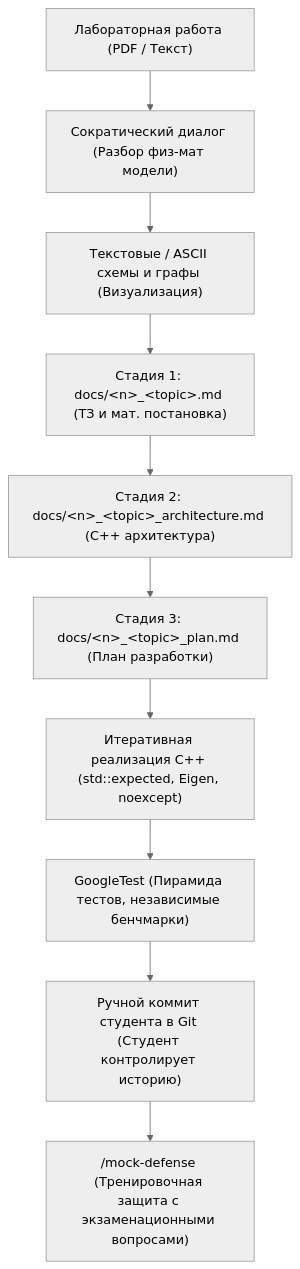
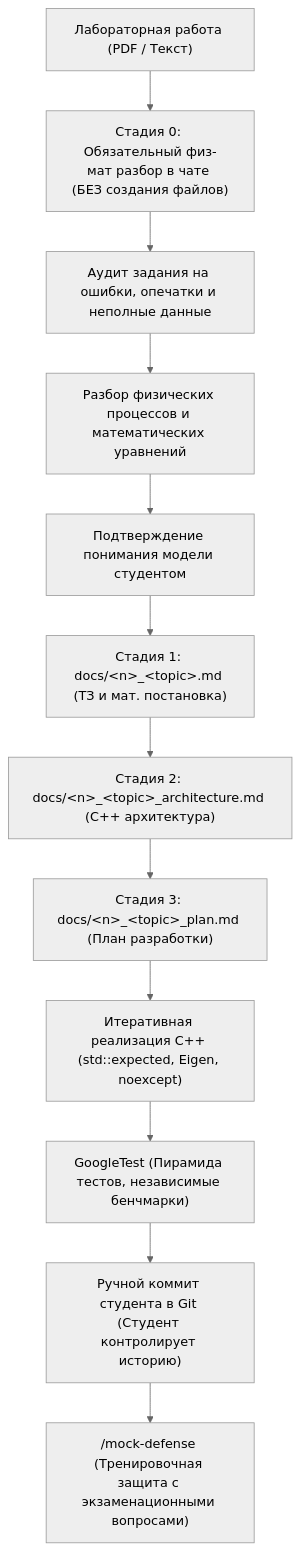
The diagram in README.md (BugFix-develop/hydraulics-brainstorm), drawn with Mermaid (neutral theme) before and after one commit. The commit also changed other lines of this file and 3 other files, not shown here.

````diff
--- a/README.md
+++ b/README.md
@@ -304,12 +306,14 @@
 ```mermaid
 flowchart TD
-    A["Лабораторная работа (PDF / Текст)"] --> B["Сократический диалог (Разбор физ-мат модели)"]
-    B --> C["Текстовые / ASCII схемы и графы (Визуализация)"]
-    C --> D["Стадия 1: docs/&lt;n&gt;_&lt;topic&gt;.md (ТЗ и мат. постановка)"]
-    D --> E["Стадия 2: docs/&lt;n&gt;_&lt;topic&gt;_architecture.md (C++ архитектура)"]
-    E --> F["Стадия 3: docs/&lt;n&gt;_&lt;topic&gt;_plan.md (План разработки)"]
-    F --> G["Итеративная реализация C++ (std::expected, Eigen, noexcept)"]
-    G --> H["GoogleTest (Пирамида тестов, независимые бенчмарки)"]
-    H --> I["Ручной коммит студента в Git (Студент контролирует историю)"]
-    I --> J["/mock-defense (Тренировочная защита с экзаменационными вопросами)"]
+    A["Лабораторная работа (PDF / Текст)"] --> B["Стадия 0: Обязательный физ-мат разбор в чате (БЕЗ создания файлов)"]
+    B --> B1["Аудит задания на ошибки, опечатки и неполные данные"]
+    B1 --> B2["Разбор физических процессов и математических уравнений"]
+    B2 --> B3["Подтверждение понимания модели студентом"]
+    B3 --> C["Стадия 1: docs/&lt;n&gt;_&lt;topic&gt;.md (ТЗ и мат. постановка)"]
+    C --> D["Стадия 2: docs/&lt;n&gt;_&lt;topic&gt;_architecture.md (C++ архитектура)"]
+    D --> E["Стадия 3: docs/&lt;n&gt;_&lt;topic&gt;_plan.md (План разработки)"]
+    E --> F["Итеративная реализация C++ (std::expected, Eigen, noexcept)"]
+    F --> G["GoogleTest (Пирамида тестов, независимые бенчмарки)"]
+    G --> H["Ручной коммит студента в Git (Студент контролирует историю)"]
+    H --> I["/mock-defense (Тренировочная защита с экзаменационными вопросами)"]
 ```
````
